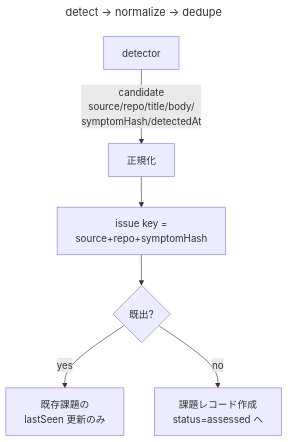
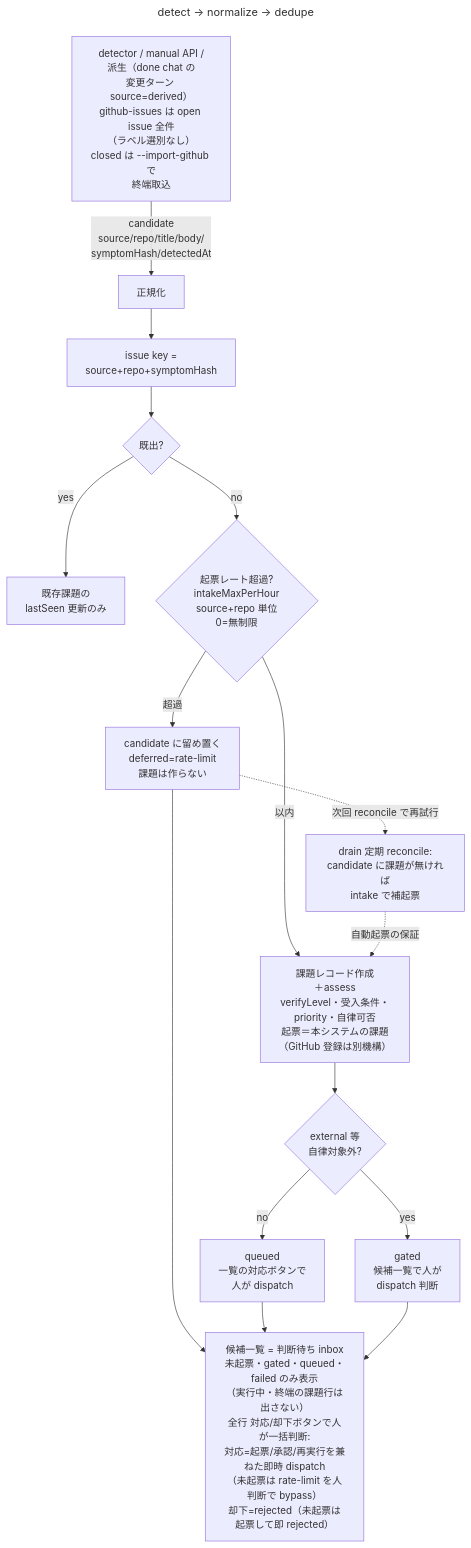
One commit to yamamoto-ryuzo/kasugai_agent changed the diagram in diagrams/detect-pipeline.mmd. Above: the diagram before and after it, drawn with Mermaid. The commit also changed 64 other files, not shown here.

```diff
--- a/diagrams/detect-pipeline.mmd
+++ b/diagrams/detect-pipeline.mmd
@@ -1,9 +1,20 @@
 ---
 title: detect → normalize → dedupe
 ---
 flowchart TD
-    DET[detector] -->|candidate<br/>source/repo/title/body/<br/>symptomHash/detectedAt| NORM[正規化]
+    DET[detector / manual API /<br/>派生（done chat の<br/>変更ターン source=derived）<br/>github-issues は open issue 全件<br/>（ラベル選別なし）<br/>closed は --import-github で<br/>終端取込] -->|candidate<br/>source/repo/title/body/<br/>symptomHash/detectedAt| NORM[正規化]
     NORM --> HASH[issue key =<br/>source+repo+symptomHash]
     HASH --> EXIST{既出?}
     EXIST -->|yes| BUMP[既存課題の<br/>lastSeen 更新のみ]
-    EXIST -->|no| NEW[課題レコード作成<br/>status=assessed へ]
+    EXIST -->|no| RATE{起票レート超過?<br/>intakeMaxPerHour<br/>source+repo 単位<br/>0=無制限}
+    RATE -->|超過| DEFER[candidate に留め置く<br/>deferred=rate-limit<br/>課題は作らない]
+    DEFER -.->|次回 reconcile で再試行| BF
+    RATE -->|以内| NEW[課題レコード作成<br/>＋assess<br/>verifyLevel・受入条件・<br/>priority・自律可否<br/>起票＝本システムの課題<br/>（GitHub 登録は別機構）]
+    BF[drain 定期 reconcile:<br/>candidate に課題が無ければ<br/>intake で補起票] -.->|自動起票の保証| NEW
+    NEW --> GATE{external 等<br/>自律対象外?}
+    GATE -->|no| Q[queued<br/>一覧の対応ボタンで<br/>人が dispatch]
+    GATE -->|yes| G[gated<br/>候補一覧で人が<br/>dispatch 判断]
+    DEFER --> INBOX
+    Q --> INBOX
+    G --> INBOX
+    INBOX[候補一覧 = 判断待ち inbox<br/>未起票・gated・queued・failed のみ表示<br/>（実行中・終端の課題行は出さない）<br/>全行 対応/却下ボタンで人が一括判断:<br/>対応=起票/承認/再実行を兼ねた即時 dispatch<br/>（未起票は rate-limit を人判断で bypass）<br/>却下=rejected（未起票は起票して即 rejected）]
```
